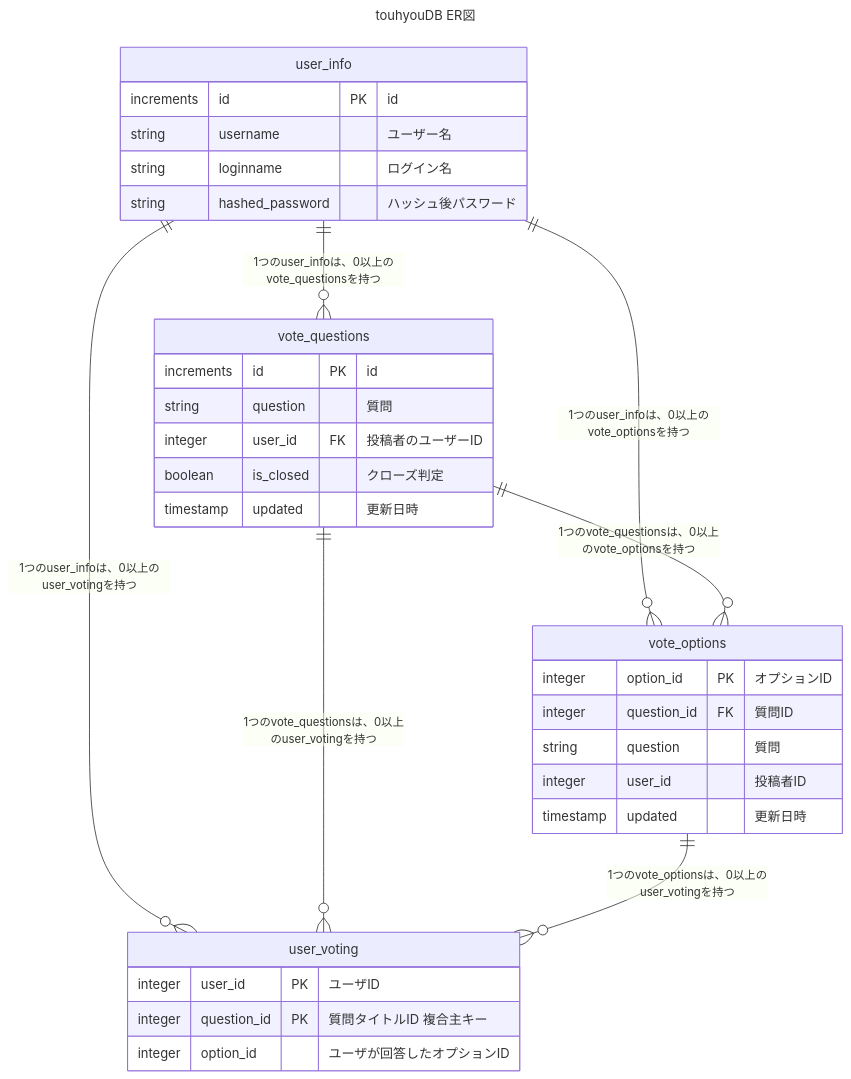
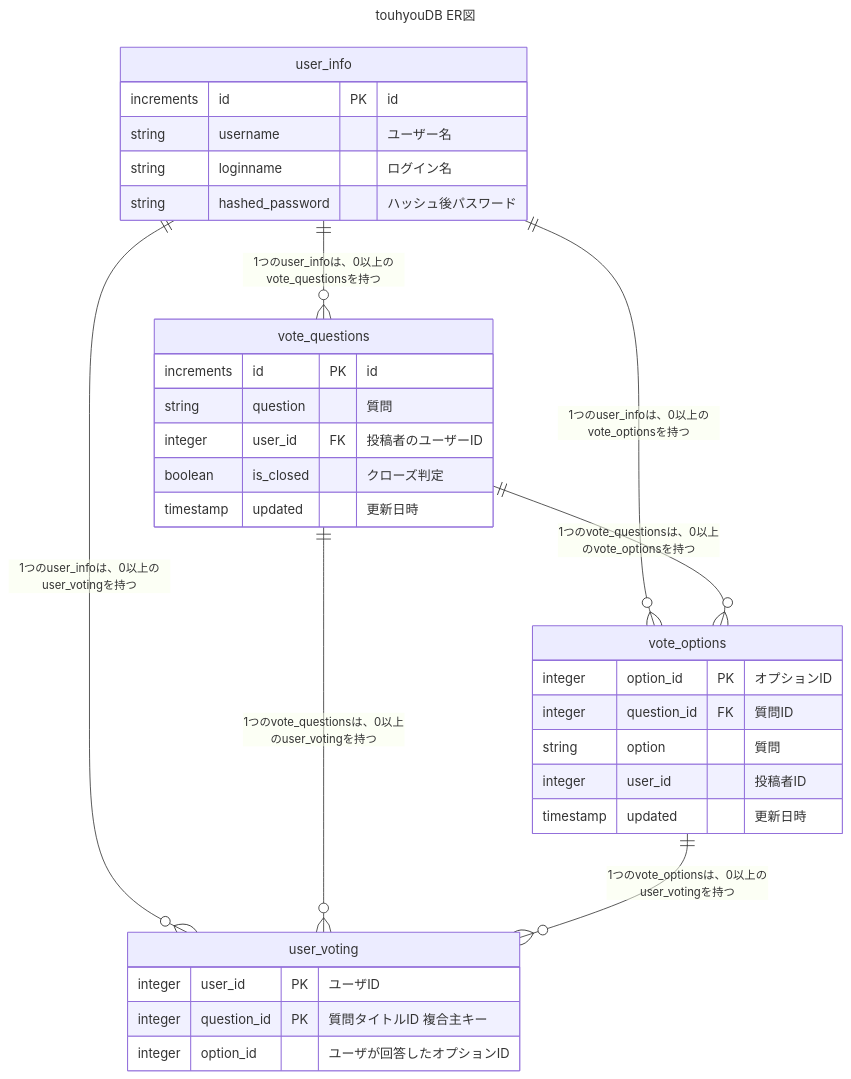
One commit to Ar3cibo/touhyou changed the diagram in README.md. Above: the diagram before and after it, drawn with Mermaid. The commit also changed 2320 other files, not shown here.

````diff
--- a/README.md
+++ b/README.md
@@ -4,43 +4,43 @@
 ```mermaid
 ---
 title: "touhyouDB ER図"
 ---
 erDiagram
 
 user_info {
 increments id PK "id"
 string username "ユーザー名"
 string loginname "ログイン名"
 string hashed_password "ハッシュ後パスワード"
 }
 
 vote_questions {
 increments id PK "id"
 string question "質問"
 integer user_id FK "投稿者のユーザーID"
 boolean is_closed "クローズ判定"
 timestamp updated "更新日時"
 }
 
 vote_options {
 integer option_id PK "オプションID"
 integer question_id FK "質問ID"
-string question "質問"
+string option "質問"
 integer user_id "投稿者ID"
 timestamp updated "更新日時"
 }
 
 user_voting {
 integer user_id PK "ユーザID"
 integer question_id PK "質問タイトルID 複合主キー"
 integer option_id "ユーザが回答したオプションID"
 }
 
 
 user_info ||--o{ user_voting : "1つのuser_infoは、0以上のuser_votingを持つ"
 user_info ||--o{ vote_questions : "1つのuser_infoは、0以上のvote_questionsを持つ"
 user_info ||--o{ vote_options : "1つのuser_infoは、0以上のvote_optionsを持つ"
 vote_questions ||--o{ vote_options : "1つのvote_questionsは、0以上のvote_optionsを持つ"
 vote_questions ||--o{ user_voting : "1つのvote_questionsは、0以上のuser_votingを持つ"
 vote_options ||--o{ user_voting : "1つのvote_optionsは、0以上のuser_votingを持つ"
 ```
````
